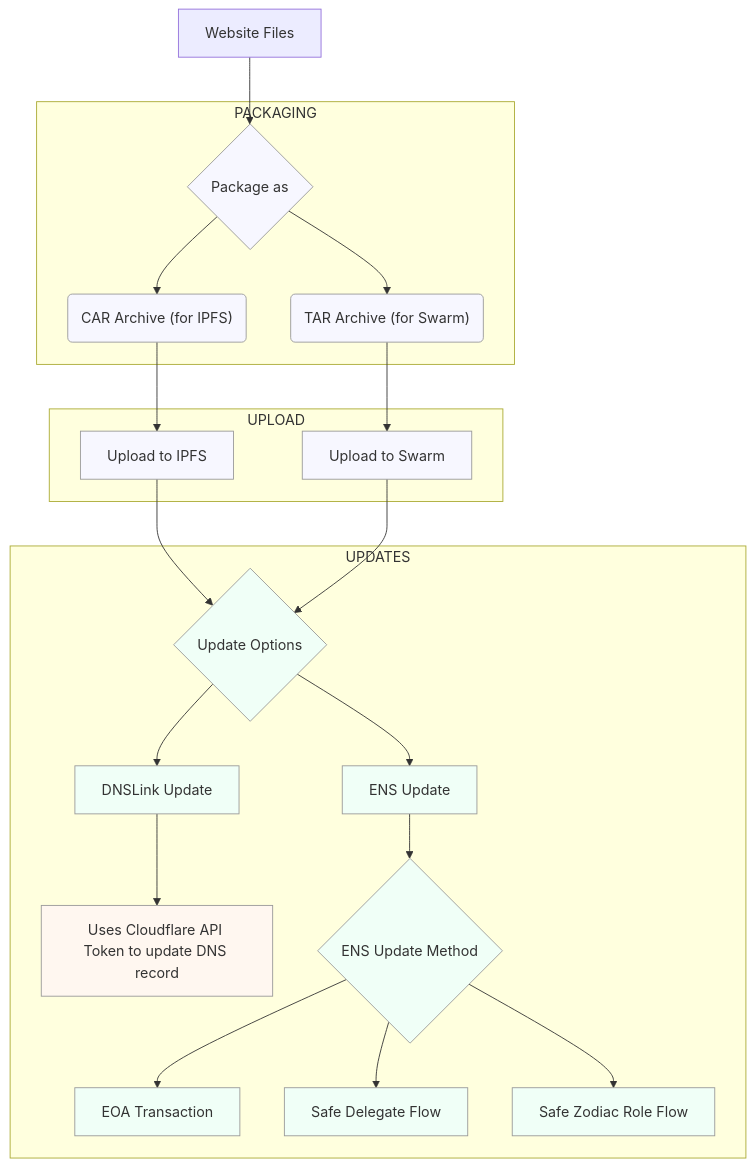
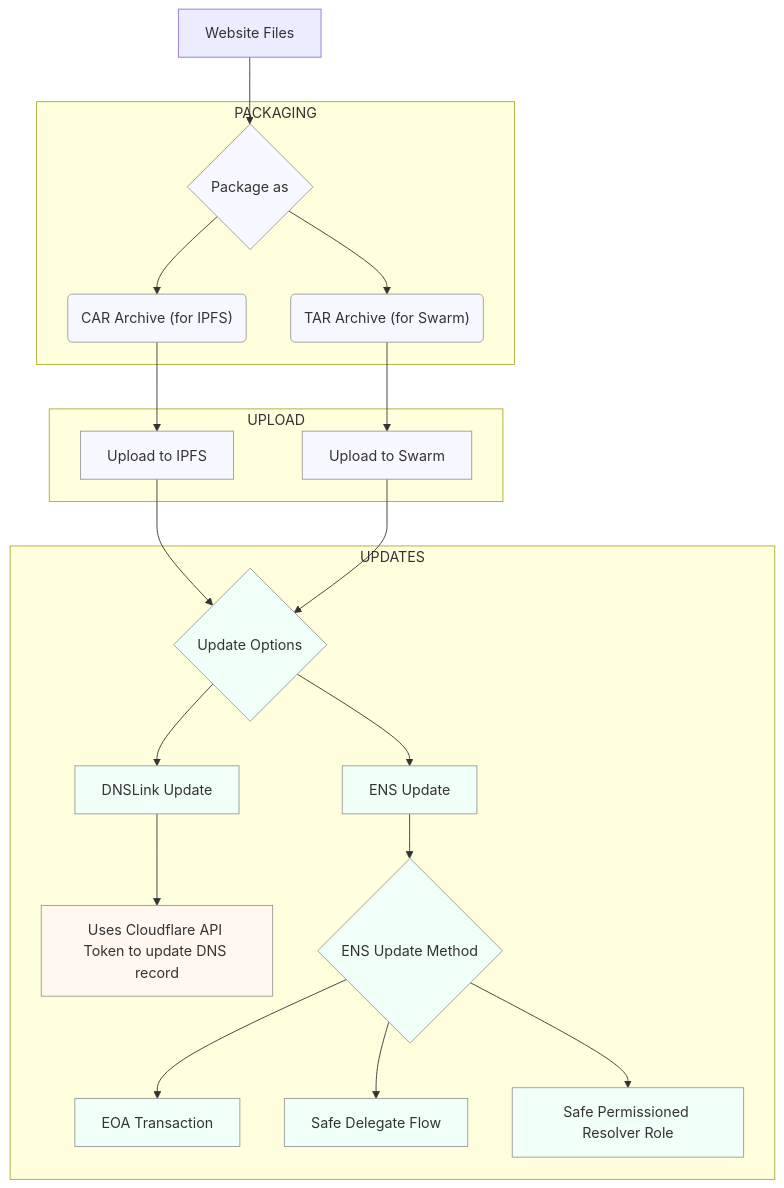
The diagram in docs/docs/how-it-works.md (omnipin/omnipin), drawn with Mermaid before and after one commit. The commit also changed other lines of this file and 20 other files, not shown here.

First line of the commit message:
feat(ens): replace Zodiac roles with ENSv2 permissioned resolver

````diff
--- a/docs/docs/how-it-works.md
+++ b/docs/docs/how-it-works.md
@@ -5,51 +5,51 @@
 ```mermaid
 flowchart TD
   %% Nodes
   A["Website Files"] --> B{Package as}
   B --> C("CAR Archive (for IPFS)")
   B --> D("TAR Archive (for Swarm)")
   C --> E["Upload to IPFS"]
   D --> F["Upload to Swarm"]
   E --> G{Update Options}
   F --> G
   G --> H["DNSLink Update"]
   G --> I["ENS Update"]
   H --> H1["Uses Cloudflare API Token to update DNS record"]
   I --> J{ENS Update Method}
   J --> J1["EOA Transaction"]
   J --> J2["Safe Delegate Flow"]
-  J --> J3["Safe Zodiac Role Flow"]
+  J --> J3["Safe Permissioned Resolver Role"]
 
   %% Subgraphs for grouping
   subgraph PACKAGING
     B
     C
     D
   end
 
   subgraph UPLOAD
     E
     F
   end
 
   subgraph UPDATES
     G
     H
     H1
     I
     J
     J1
     J2
     J3
   end
 
   %% Classes for colors
   classDef storage fill:#f7f7ff,stroke:#999,stroke-width:1px;
   classDef upd     fill:#f0fff7,stroke:#999,stroke-width:1px;
   classDef act     fill:#fff7f0,stroke:#999,stroke-width:1px;
 
   class B,C,D,E,F storage;
   class G,H,I,J,J1,J2,J3 upd;
   class H1 act;
 
 ```
````
